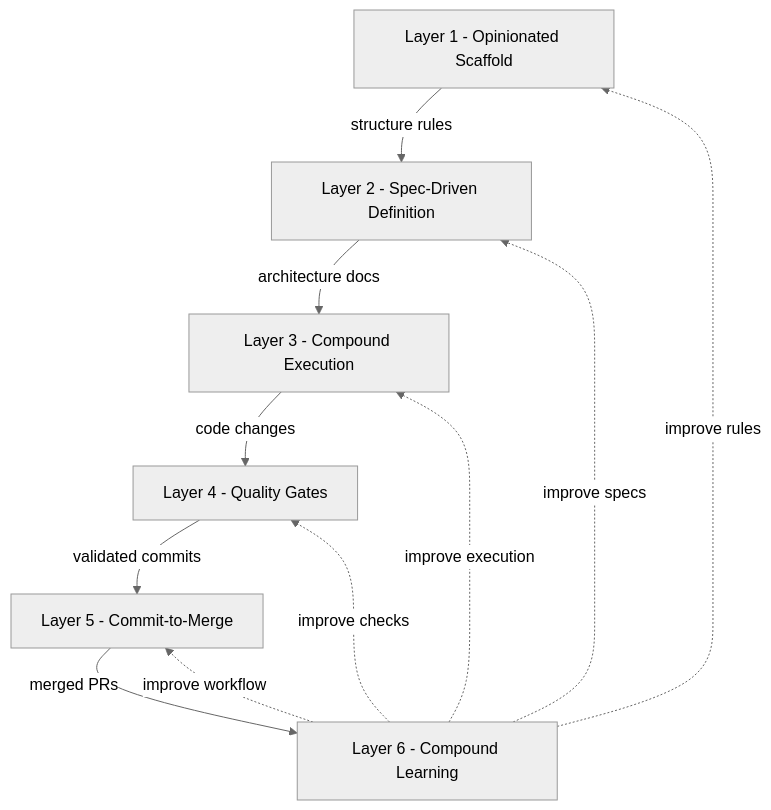
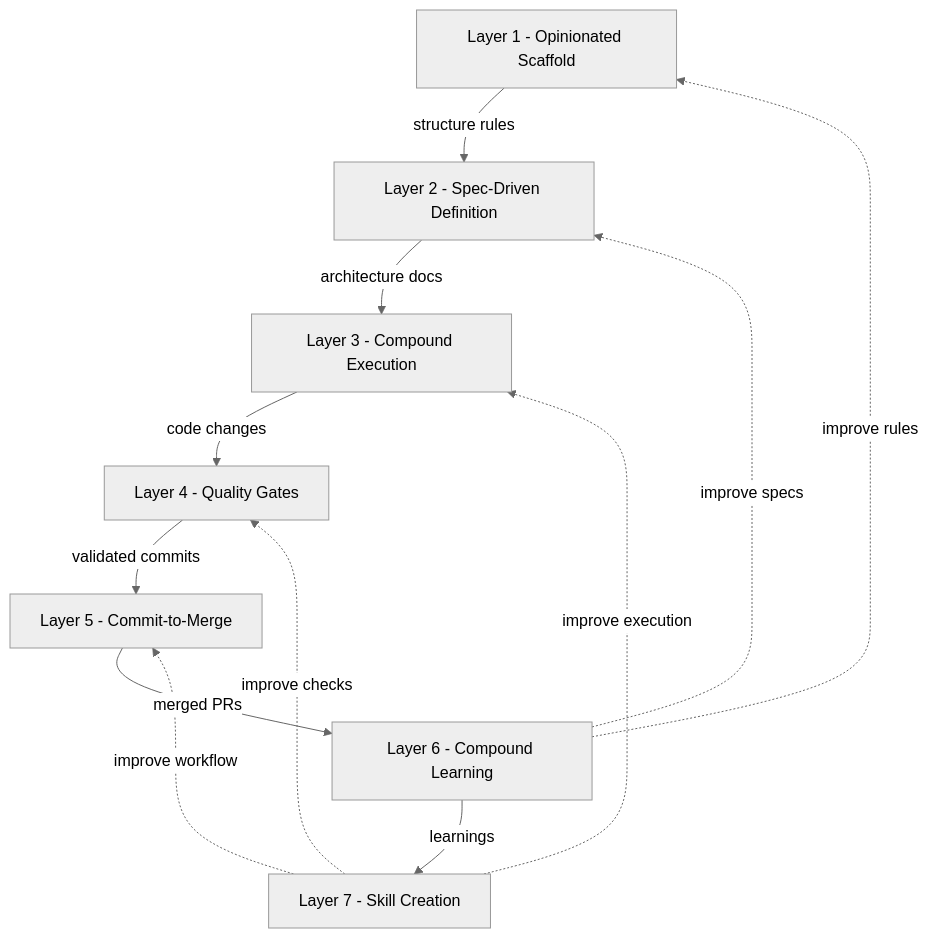
One commit to builtform/launchpad changed the diagram in README.md. Above: the diagram before and after it, drawn with Mermaid (neutral theme). The commit also changed other lines of this file and 22 other files, not shown here.

````diff
--- a/README.md
+++ b/README.md
@@ -148,20 +149,22 @@
 ```mermaid
 flowchart TD
     L1["Layer 1 - Opinionated Scaffold"]
     L2["Layer 2 - Spec-Driven Definition"]
     L3["Layer 3 - Compound Execution"]
     L4["Layer 4 - Quality Gates"]
     L5["Layer 5 - Commit-to-Merge"]
     L6["Layer 6 - Compound Learning"]
+    L7["Layer 7 - Skill Creation"]
 
     L1 -->|"structure rules"| L2
     L2 -->|"architecture docs"| L3
     L3 -->|"code changes"| L4
     L4 -->|"validated commits"| L5
     L5 -->|"merged PRs"| L6
+    L6 -->|"learnings"| L7
+    L7 -.->|"improve execution"| L3
+    L7 -.->|"improve checks"| L4
+    L7 -.->|"improve workflow"| L5
     L6 -.->|"improve rules"| L1
     L6 -.->|"improve specs"| L2
-    L6 -.->|"improve execution"| L3
-    L6 -.->|"improve checks"| L4
-    L6 -.->|"improve workflow"| L5
 ```
````
